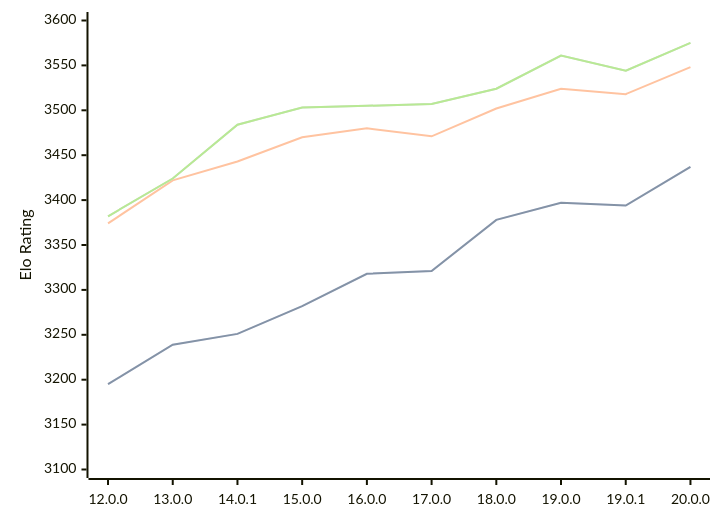
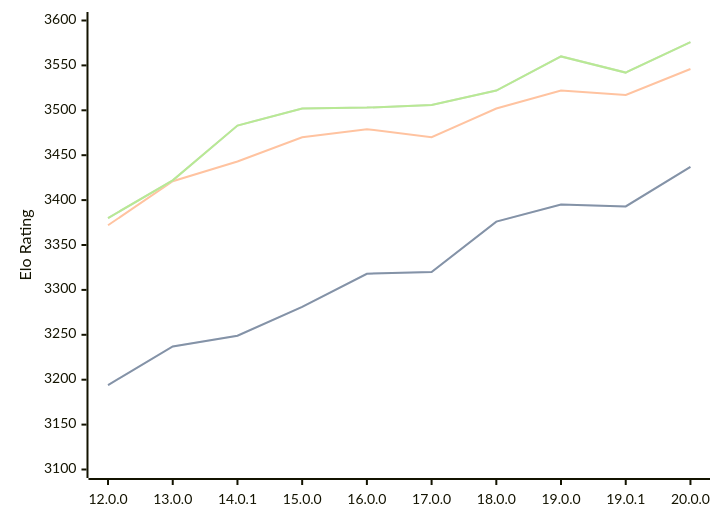
Before and after one commit to computer-chess-index/cci: the diagram in engines/Viridithas.md, drawn with Mermaid. The commit also changed other lines of this file, not shown here.

Commit message:
Update CCI Ratings (ELO VLTC) - 2026-08-04

````diff
--- a/engines/Viridithas.md
+++ b/engines/Viridithas.md
@@ -64,11 +64,11 @@
 ```mermaid
 %%{init: {"theme":"base","themeVariables":{"seriesColors:['#a3a3a3','#222221','#faa371']}}}%%
 xychart-beta
   x-axis ["12.0.0", "13.0.0", "14.0.1", "15.0.0", "16.0.0", "17.0.0", "18.0.0", "19.0.0", "19.0.1", "20.0.0"]
   y-axis "Elo Rating" 3100 --> 3600
-  line "STC (8.0+0.08s)" [3195, 3239, 3251, 3282, 3318, 3321, 3378, 3397, 3394, 3437]
-  line "STC (8.0+0.08s)" [3195, 3239, 3251, 3282, 3318, 3321, 3378, 3397, 3394, 3437]
-  line "LTC (60.0+0.60s)" [3374, 3422, 3443, 3470, 3480, 3471, 3502, 3524, 3518, 3548]
-  line "VLTC (2m24s+1.12s)" [3382, 3424, 3484, 3503, 3505, 3507, 3524, 3561, 3544, 3575]
-  line "VLTC (2m24s+1.12s)" [3382, 3424, 3484, 3503, 3505, 3507, 3524, 3561, 3544, 3575]
+  line "STC (8.0+0.08s)" [3194, 3237, 3249, 3281, 3318, 3320, 3376, 3395, 3393, 3437]
+  line "STC (8.0+0.08s)" [3194, 3237, 3249, 3281, 3318, 3320, 3376, 3395, 3393, 3437]
+  line "LTC (60.0+0.60s)" [3372, 3421, 3443, 3470, 3479, 3470, 3502, 3522, 3517, 3546]
+  line "VLTC (2m24s+1.12s)" [3380, 3422, 3483, 3502, 3503, 3506, 3522, 3560, 3542, 3576]
+  line "VLTC (2m24s+1.12s)" [3380, 3422, 3483, 3502, 3503, 3506, 3522, 3560, 3542, 3576]
 ```
````
